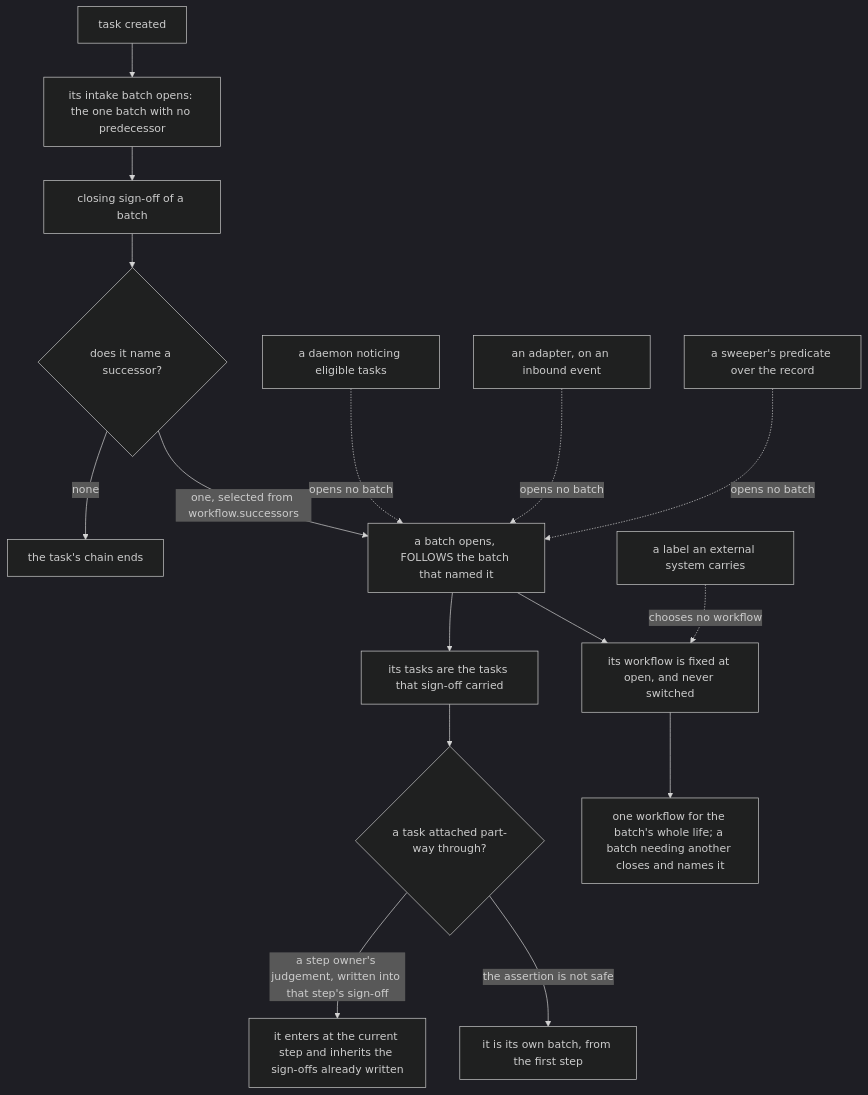
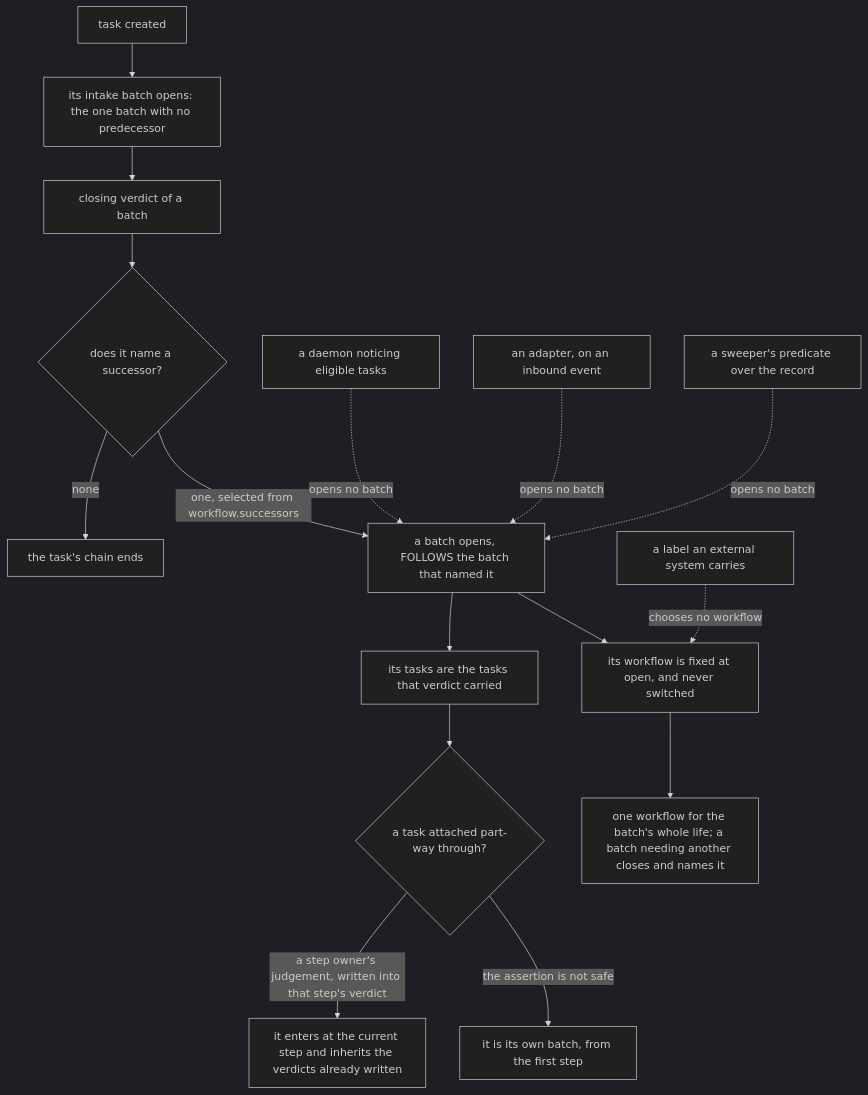
One commit to markmhendrickson/ateles changed the diagram in docs/foundation/work_model.md. Above: the diagram before and after it, drawn with Mermaid (dark theme). The commit also changed other lines of this file and 32 other files, not shown here.

````diff
--- a/docs/foundation/work_model.md
+++ b/docs/foundation/work_model.md
@@ -563,18 +563,18 @@
 ```mermaid
 flowchart TD
     CR["task created"] --> IB["its intake batch opens: the one batch with no predecessor"]
-    IB --> CS["closing sign-off of a batch"]
+    IB --> CS["closing verdict of a batch"]
     CS --> SEL{"does it name a successor?"}
     SEL -->|"none"| END["the task's chain ends"]
     SEL -->|"one, selected from workflow.successors"| OPEN["a batch opens, FOLLOWS the batch that named it"]
     OPEN --> W["its workflow is fixed at open, and never switched"]
-    OPEN --> TASKS["its tasks are the tasks that sign-off carried"]
+    OPEN --> TASKS["its tasks are the tasks that verdict carried"]
     TASKS --> MID{"a task attached part-way through?"}
-    MID -->|"a step owner's judgement, written into that step's sign-off"| INH["it enters at the current step and inherits the sign-offs already written"]
+    MID -->|"a step owner's judgement, written into that step's verdict"| INH["it enters at the current step and inherits the verdicts already written"]
     MID -->|"the assertion is not safe"| OWN["it is its own batch, from the first step"]
     W --> LIFE["one workflow for the batch's whole life; a batch needing another closes and names it"]
     X1["a daemon noticing eligible tasks"] -.->|"opens no batch"| OPEN
     X2["an adapter, on an inbound event"] -.->|"opens no batch"| OPEN
     X3["a sweeper's predicate over the record"] -.->|"opens no batch"| OPEN
     X4["a label an external system carries"] -.->|"chooses no workflow"| W
 ```
````
